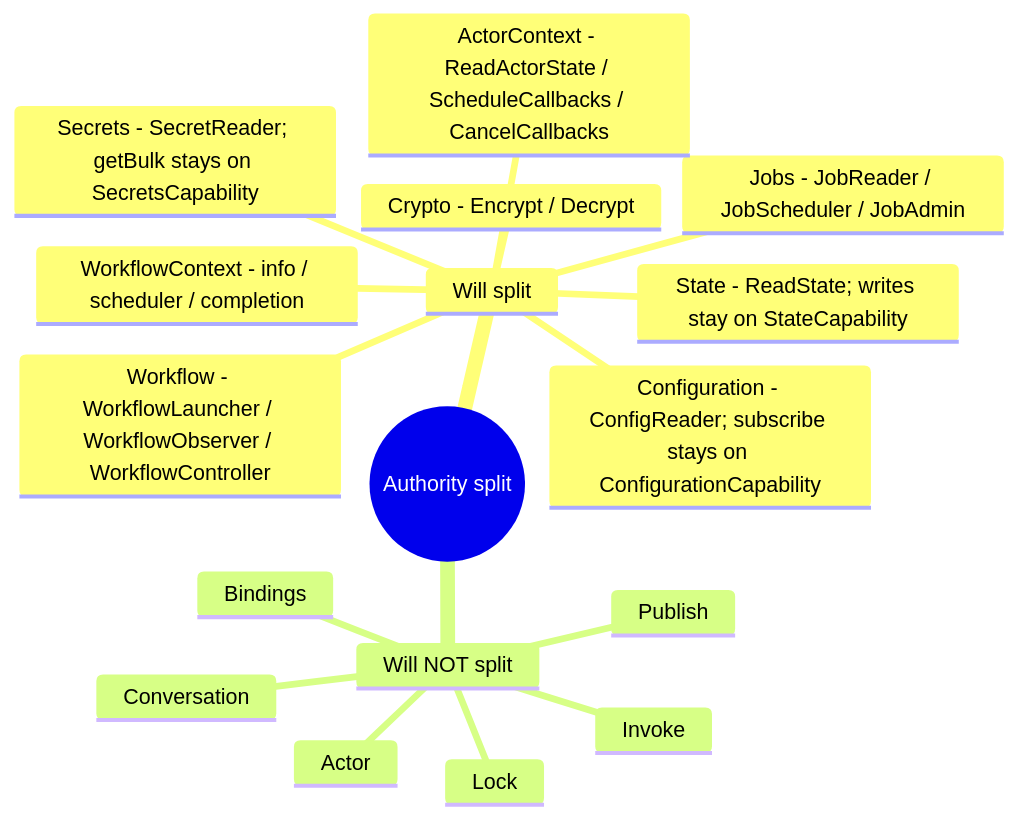
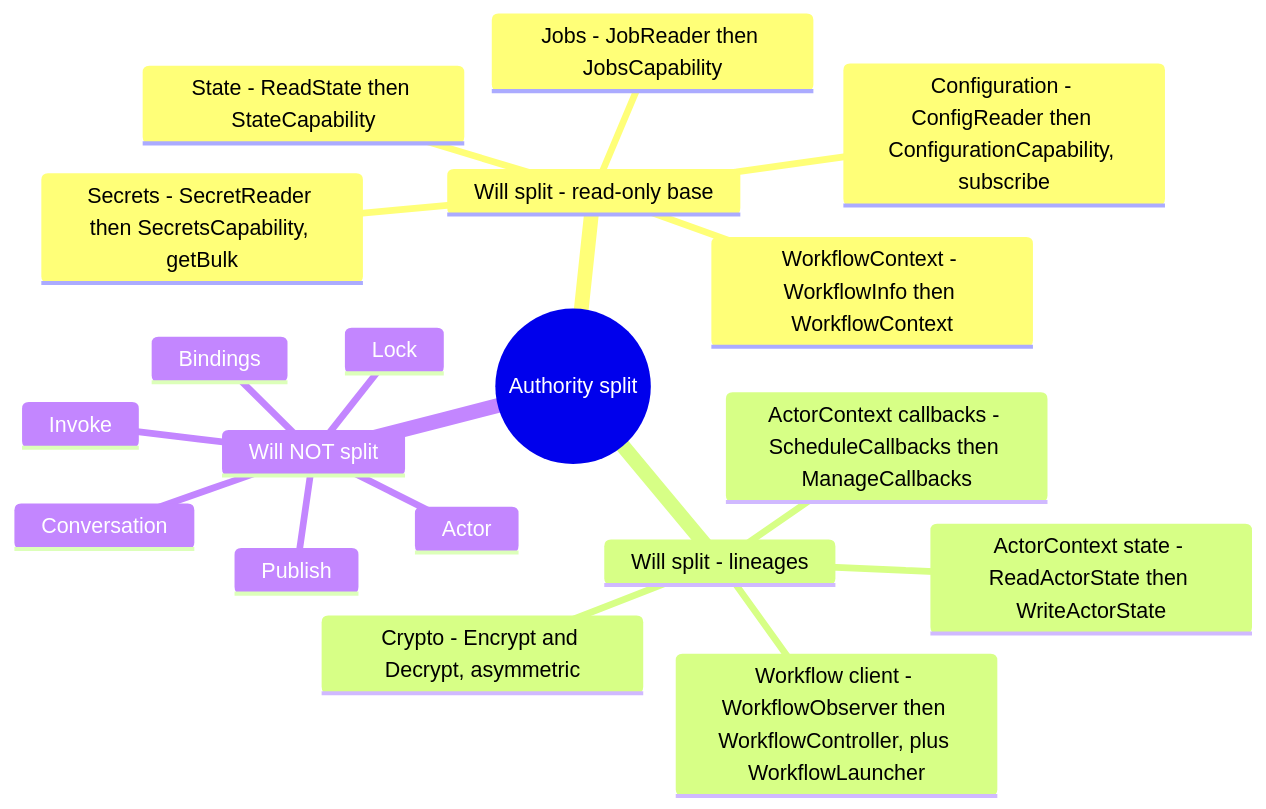
Diagram 36 of 36 in docs/CAPABILITY-SPLITS.md (sideeffffect/dapr4s), drawn with Mermaid before and after one commit. The commit also changed other lines of this file, not shown here.

First line of the commit message:
docs: make read-only-vs-rest the authority-split principle

````diff
--- a/docs/CAPABILITY-SPLITS.md
+++ b/docs/CAPABILITY-SPLITS.md
@@ -798,20 +815,22 @@
 ```mermaid
 mindmap
   root((Authority split))
-    Will split
-      State - ReadState; writes stay on StateCapability
-      Crypto - Encrypt / Decrypt
-      Secrets - SecretReader; getBulk stays on SecretsCapability
-      Configuration - ConfigReader; subscribe stays on ConfigurationCapability
-      Workflow - WorkflowLauncher / WorkflowObserver / WorkflowController
-      Jobs - JobReader / JobScheduler / JobAdmin
-      ActorContext - ReadActorState / ScheduleCallbacks / CancelCallbacks
-      WorkflowContext - info / scheduler / completion
+    Will split - read-only base
+      State - ReadState then StateCapability
+      Secrets - SecretReader then SecretsCapability, getBulk
+      Configuration - ConfigReader then ConfigurationCapability, subscribe
+      Jobs - JobReader then JobsCapability
+      WorkflowContext - WorkflowInfo then WorkflowContext
+    Will split - lineages
+      Crypto - Encrypt and Decrypt, asymmetric
+      Workflow client - WorkflowObserver then WorkflowController, plus WorkflowLauncher
+      ActorContext state - ReadActorState then WriteActorState
+      ActorContext callbacks - ScheduleCallbacks then ManageCallbacks
     Will NOT split
       Publish
       Bindings
       Lock
       Invoke
       Actor
       Conversation
 ```
````
